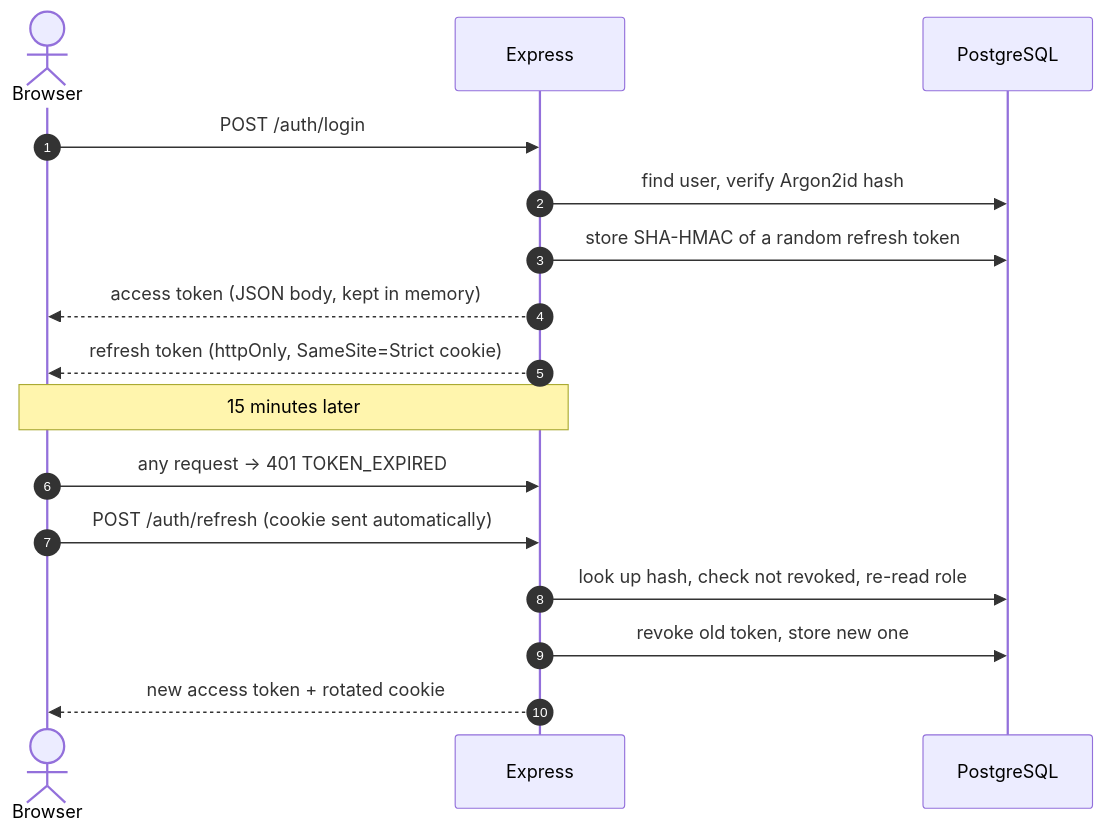
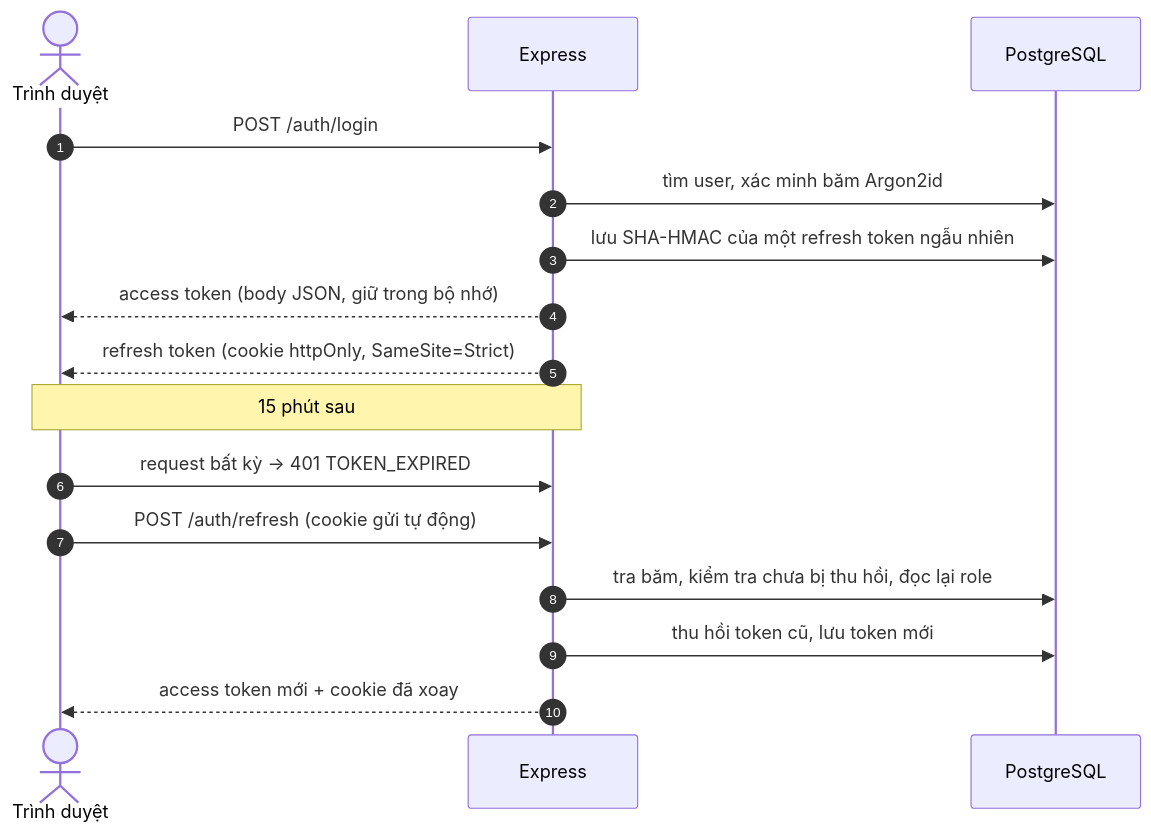
Before and after one commit to tridinh288/AI-HRM: the third of 4 diagrams in README.md, drawn with Mermaid. The commit also changed other lines of this file and 1 other file, not shown here.

````diff
--- a/README.md
+++ b/README.md
@@ -172,20 +162,20 @@
 ```mermaid
 sequenceDiagram
     autonumber
-    actor U as Browser
+    actor U as Trình duyệt
     participant API as Express
     participant DB as PostgreSQL
 
     U->>API: POST /auth/login
-    API->>DB: find user, verify Argon2id hash
-    API->>DB: store SHA-HMAC of a random refresh token
-    API-->>U: access token (JSON body, kept in memory)
-    API-->>U: refresh token (httpOnly, SameSite=Strict cookie)
+    API->>DB: tìm user, xác minh băm Argon2id
+    API->>DB: lưu SHA-HMAC của một refresh token ngẫu nhiên
+    API-->>U: access token (body JSON, giữ trong bộ nhớ)
+    API-->>U: refresh token (cookie httpOnly, SameSite=Strict)
 
-    Note over U,API: 15 minutes later
-    U->>API: any request → 401 TOKEN_EXPIRED
-    U->>API: POST /auth/refresh (cookie sent automatically)
-    API->>DB: look up hash, check not revoked, re-read role
-    API->>DB: revoke old token, store new one
-    API-->>U: new access token + rotated cookie
+    Note over U,API: 15 phút sau
+    U->>API: request bất kỳ → 401 TOKEN_EXPIRED
+    U->>API: POST /auth/refresh (cookie gửi tự động)
+    API->>DB: tra băm, kiểm tra chưa bị thu hồi, đọc lại role
+    API->>DB: thu hồi token cũ, lưu token mới
+    API-->>U: access token mới + cookie đã xoay
 ```
````
